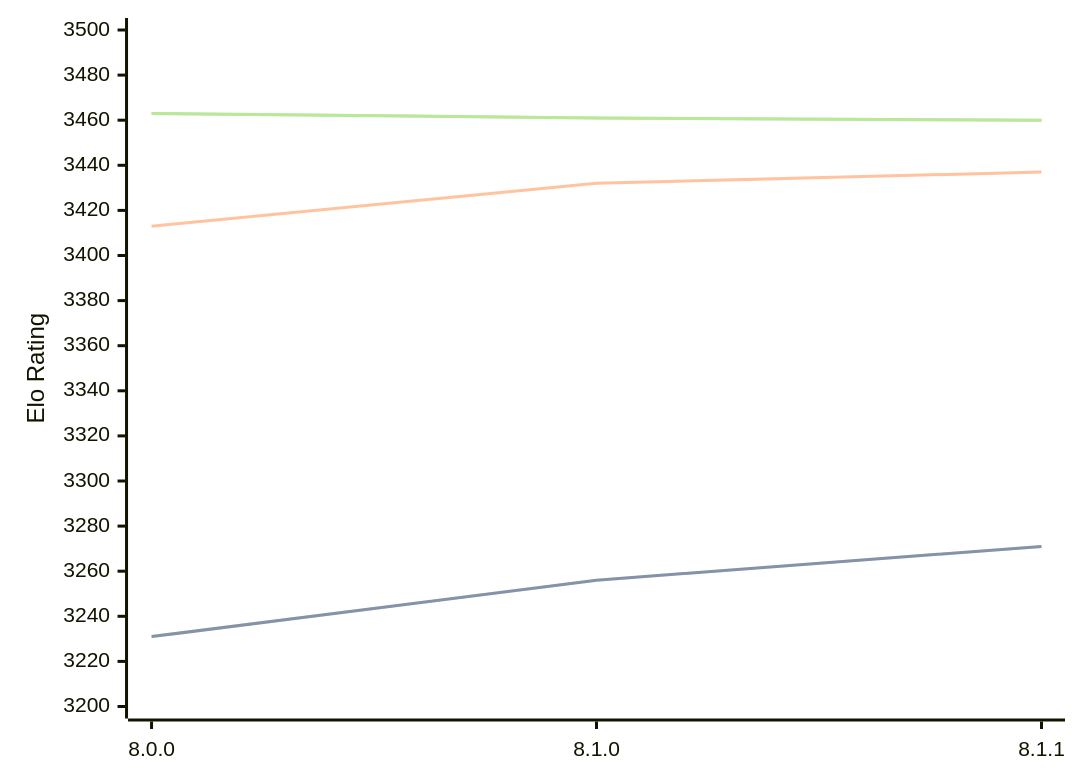
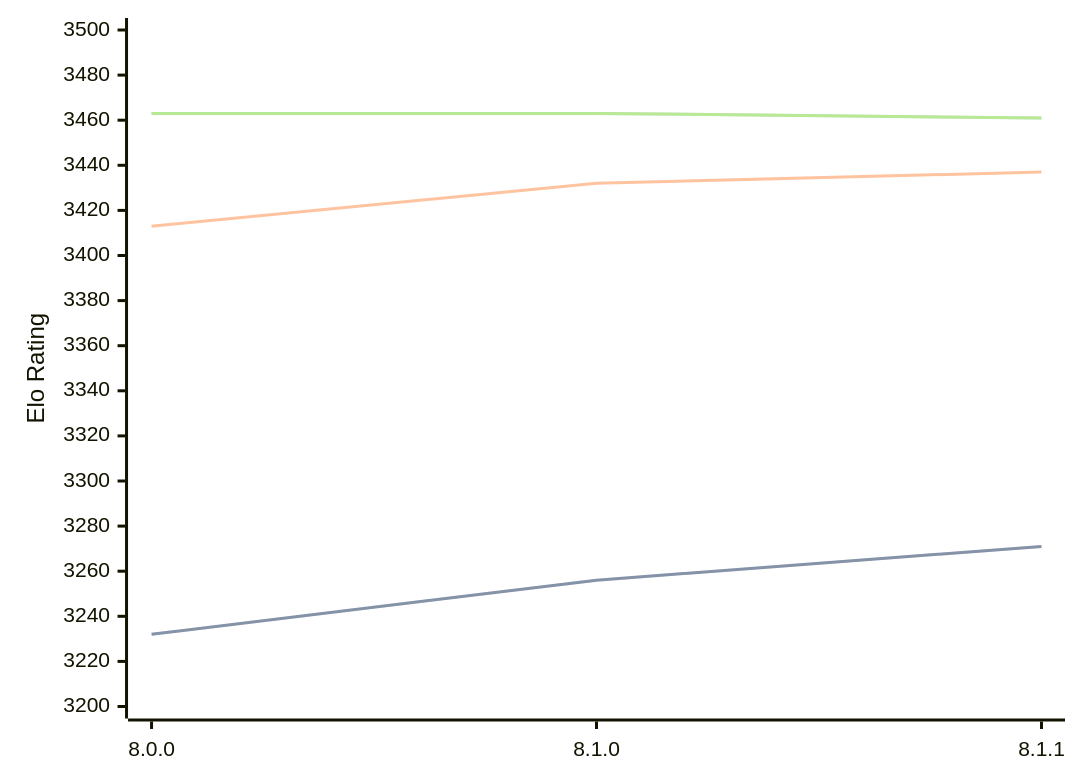
Before and after one commit to computer-chess-index/cci: the diagram in engines/Velvet.md, drawn with Mermaid. The commit also changed other lines of this file, not shown here.

Commit message:
Update CCI Ratings (ELO VLTC) - 2026-08-10

````diff
--- a/engines/Velvet.md
+++ b/engines/Velvet.md
@@ -34,11 +33,11 @@
 ```mermaid
 %%{init: {"theme":"base","themeVariables":{"seriesColors:['#a3a3a3','#222221','#faa371']}}}%%
 xychart-beta
   x-axis ["8.0.0", "8.1.0", "8.1.1"]
   y-axis "Elo Rating" 3200 --> 3500
-  line "STC (8.0+0.08s)" [3231, 3256, 3271]
-  line "STC (8.0+0.08s)" [3231, 3256, 3271]
+  line "STC (8.0+0.08s)" [3232, 3256, 3271]
+  line "STC (8.0+0.08s)" [3232, 3256, 3271]
   line "LTC (60.0+0.60s)" [3413, 3432, 3437]
-  line "VLTC (2m24s+1.12s)" [3463, 3461, 3460]
-  line "VLTC (2m24s+1.12s)" [3463, 3461, 3460]
+  line "VLTC (2m24s+1.12s)" [3463, 3463, 3461]
+  line "VLTC (2m24s+1.12s)" [3463, 3463, 3461]
 ```
````
